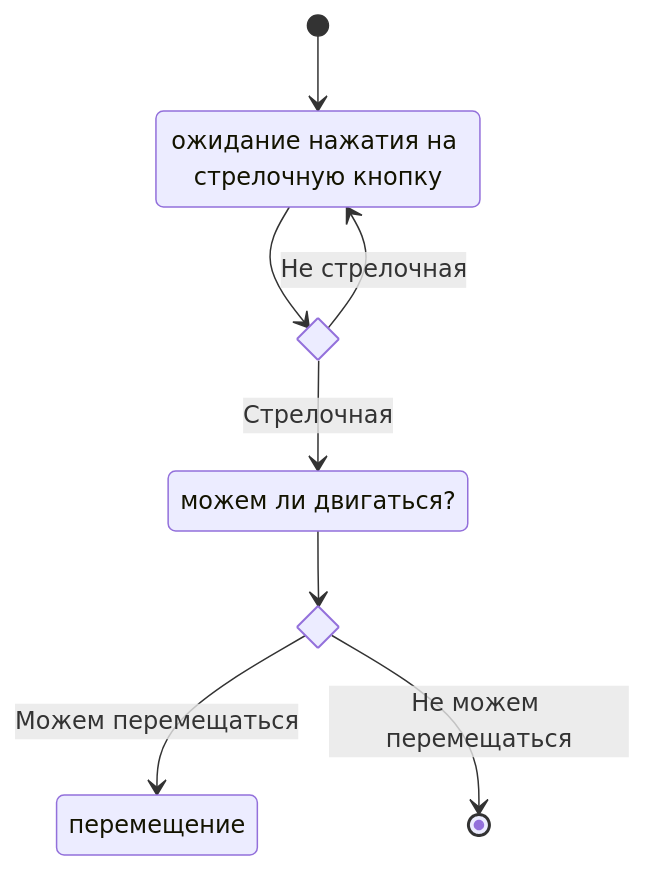
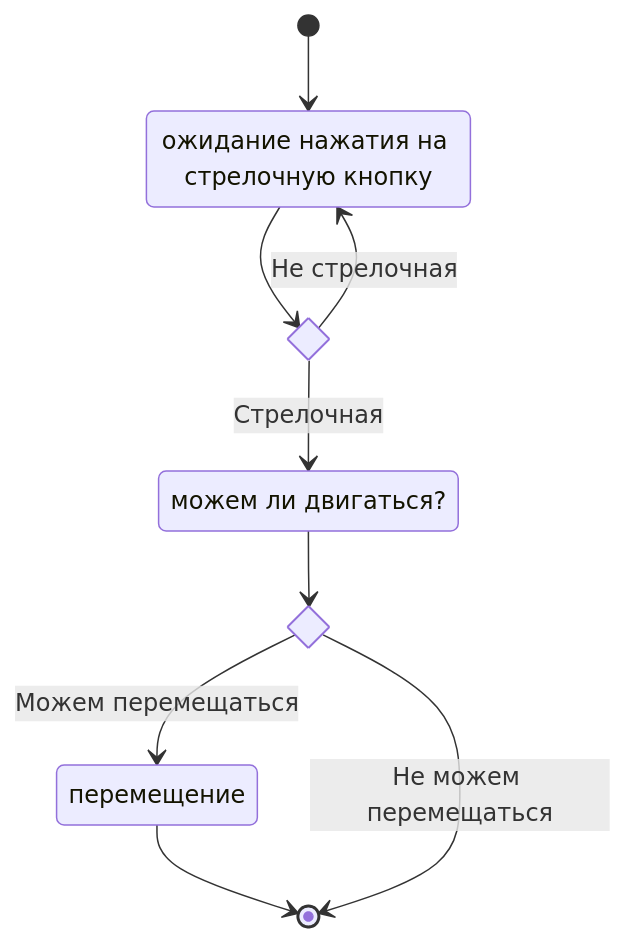
The first of 6 diagrams in docs/functions.md (ArinaTolpa/Lab1.2), drawn with Mermaid before and after one commit. The commit also changed other lines of this file, not shown here.

````diff
--- a/docs/functions.md
+++ b/docs/functions.md
@@ -18,17 +18,17 @@
 ```mermaid
 stateDiagram-v2
 node1: ожидание нажатия на стрелочную кнопку
 node2: можем ли двигаться? 
 node3: перемещение 
 state if_state1 <<choice>>
 state if_state2 <<choice>>
 
 [*] --> node1
 node1 --> if_state1
 if_state1 --> node1 : Не стрелочная
 if_state1 --> node2 : Стрелочная
 node2 --> if_state2
 if_state2 -->  node3: Можем перемещаться
-
+node3 --> [*]
 if_state2 --> [*] : Не можем перемещаться
 ```
````
